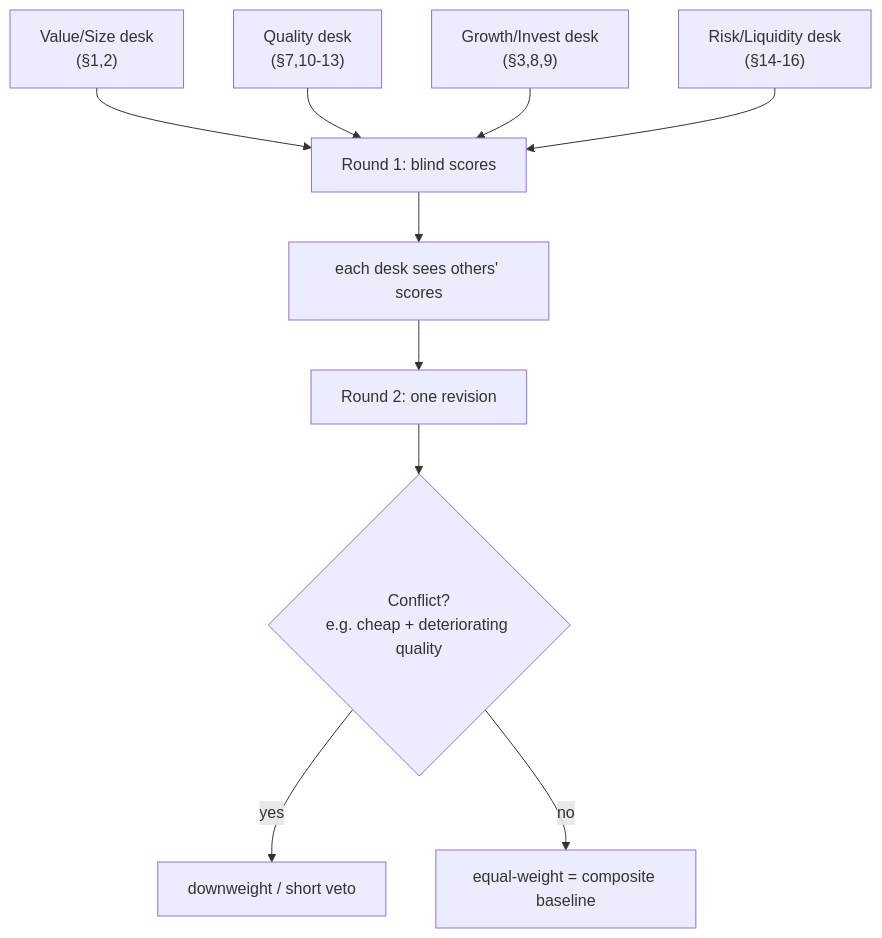
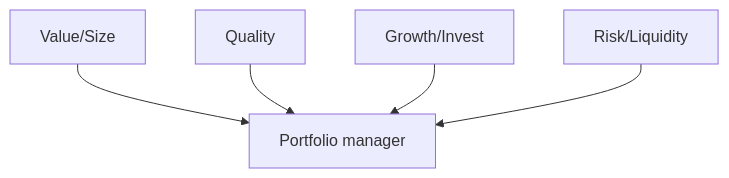
Before and after one commit to nathan-au/fiam-2026-factors: the seventh of 11 diagrams in docs/AGENTIC.md, drawn with Mermaid. The commit also changed other lines of this file, not shown here.

Commit message:
Update agent architectures

````diff
--- a/docs/AGENTIC.md
+++ b/docs/AGENTIC.md
@@ -106,9 +94,4 @@
 ```mermaid
 flowchart TD
-    V["Value/Size desk<br/>(§1,2)"] & Q["Quality desk<br/>(§7,10-13)"] & G["Growth/Invest desk<br/>(§3,8,9)"] & RL["Risk/Liquidity desk<br/>(§14-16)"] --> BLIND["Round 1: blind scores"]
-    BLIND --> SHOW["each desk sees others' scores"]
-    SHOW --> REV["Round 2: one revision"]
-    REV --> CONF{"Conflict?<br/>e.g. cheap + deteriorating quality"}
-    CONF -->|"yes"| VETO["downweight / short veto"]
-    CONF -->|"no"| EQ["equal-weight = composite baseline"]
+    V["Value/Size"] & Q["Quality"] & G["Growth/Invest"] & RL["Risk/Liquidity"] --> PM["Portfolio manager"]
 ```
````
